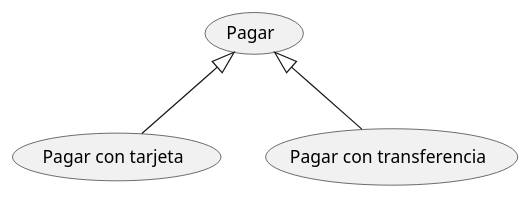
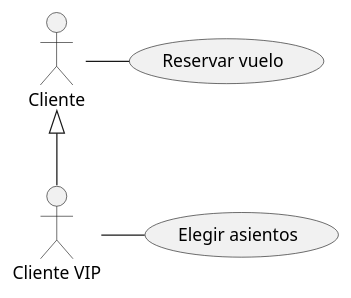
One commit to CorazaNegra/CasosDeUsos1 changed the diagram in CasosDeUso1.puml. Above: the diagram before and after it, drawn with PlantUML.

Commit message:
generalización con actores

```diff
--- a/CasosDeUso1.puml
+++ b/CasosDeUso1.puml
@@ -1,10 +1,12 @@
 @startuml
 
-usecase "Pagar" as UC1
-usecase "Pagar con tarjeta" as UC2
-usecase "Pagar con transferencia" as UC3
+actor "Cliente" as cl
+actor "Cliente VIP" as clV
+usecase "Reservar vuelo" as UC1
+usecase "Elegir asientos" as UC2
 
-UC1 <|-- UC2
-UC1 <|-- UC3
+cl -right- UC1
+clV -right- UC2
+clV -up-|> cl
 
 @enduml
```
